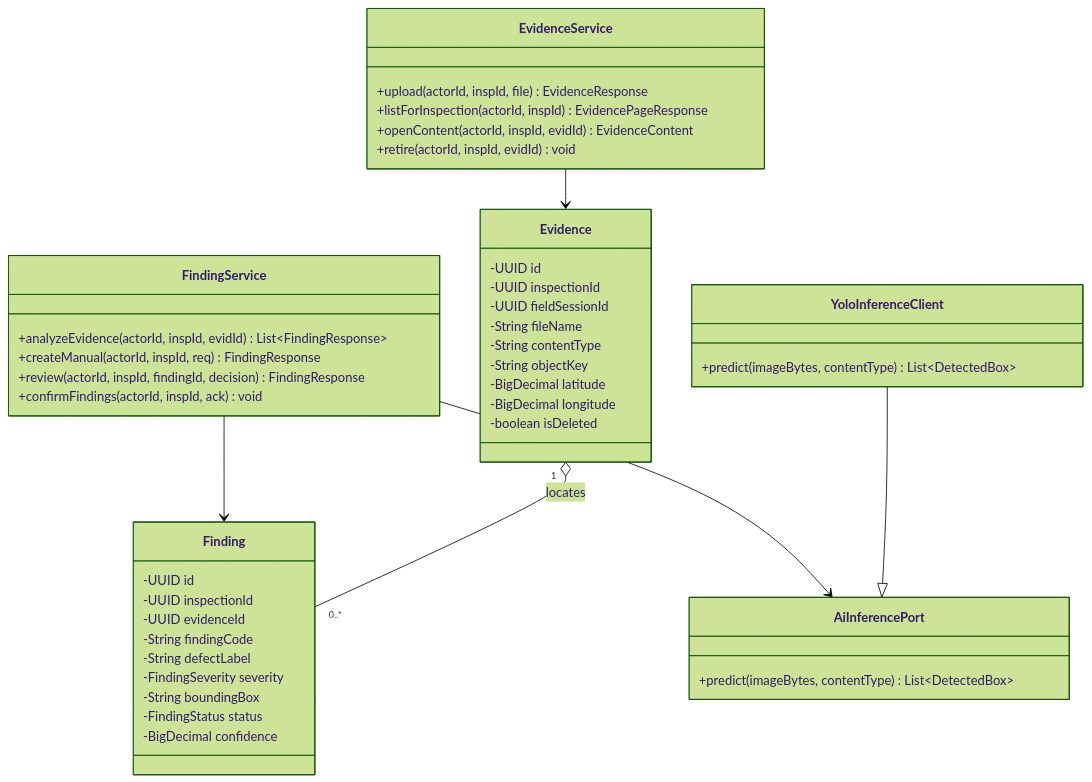
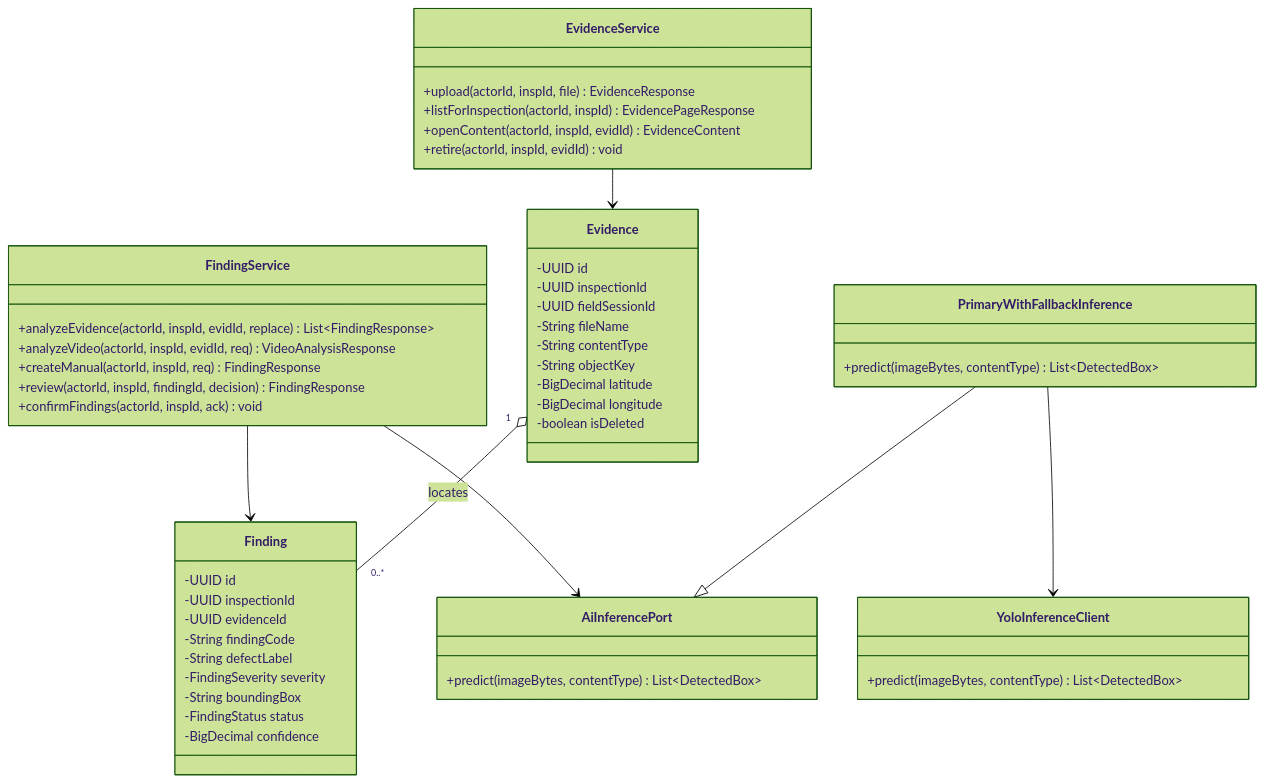
One commit to tungbach12/SmartDroneInspection-Docs changed diagram 14 of 23 in reports/report-4-software-design-document/03-detailed-design.md. Above: the diagram before and after it, drawn with Mermaid (forest theme). The commit also changed other lines of this file and 101 other files, not shown here.

````diff
--- a/reports/report-4-software-design-document/03-detailed-design.md
+++ b/reports/report-4-software-design-document/03-detailed-design.md
@@ -608,49 +680,54 @@
 ```mermaid
 %% title: FE-06 Evidence Intake, AI Defect Detection and Finding Confirmation Class Diagram
 classDiagram
   class EvidenceService {
     +upload(actorId, inspId, file) EvidenceResponse
     +listForInspection(actorId, inspId) EvidencePageResponse
     +openContent(actorId, inspId, evidId) EvidenceContent
     +retire(actorId, inspId, evidId) void
   }
   class FindingService {
-    +analyzeEvidence(actorId, inspId, evidId) List~FindingResponse~
+    +analyzeEvidence(actorId, inspId, evidId, replace) List~FindingResponse~
+    +analyzeVideo(actorId, inspId, evidId, req) VideoAnalysisResponse
     +createManual(actorId, inspId, req) FindingResponse
     +review(actorId, inspId, findingId, decision) FindingResponse
     +confirmFindings(actorId, inspId, ack) void
   }
   class AiInferencePort {
+    +predict(imageBytes, contentType) List~DetectedBox~
+  }
+  class PrimaryWithFallbackInference {
     +predict(imageBytes, contentType) List~DetectedBox~
   }
   class YoloInferenceClient {
     +predict(imageBytes, contentType) List~DetectedBox~
   }
   class Evidence {
     -UUID id
     -UUID inspectionId
     -UUID fieldSessionId
     -String fileName
     -String contentType
     -String objectKey
     -BigDecimal latitude
     -BigDecimal longitude
     -boolean isDeleted
   }
   class Finding {
     -UUID id
     -UUID inspectionId
     -UUID evidenceId
     -String findingCode
     -String defectLabel
     -FindingSeverity severity
     -String boundingBox
     -FindingStatus status
     -BigDecimal confidence
   }
   EvidenceService --> Evidence
   FindingService --> Finding
   FindingService --> AiInferencePort
-  YoloInferenceClient --|> AiInferencePort
+  PrimaryWithFallbackInference --|> AiInferencePort
+  PrimaryWithFallbackInference --> YoloInferenceClient
   Evidence "1" o-- "0..*" Finding : locates
 ```
````
